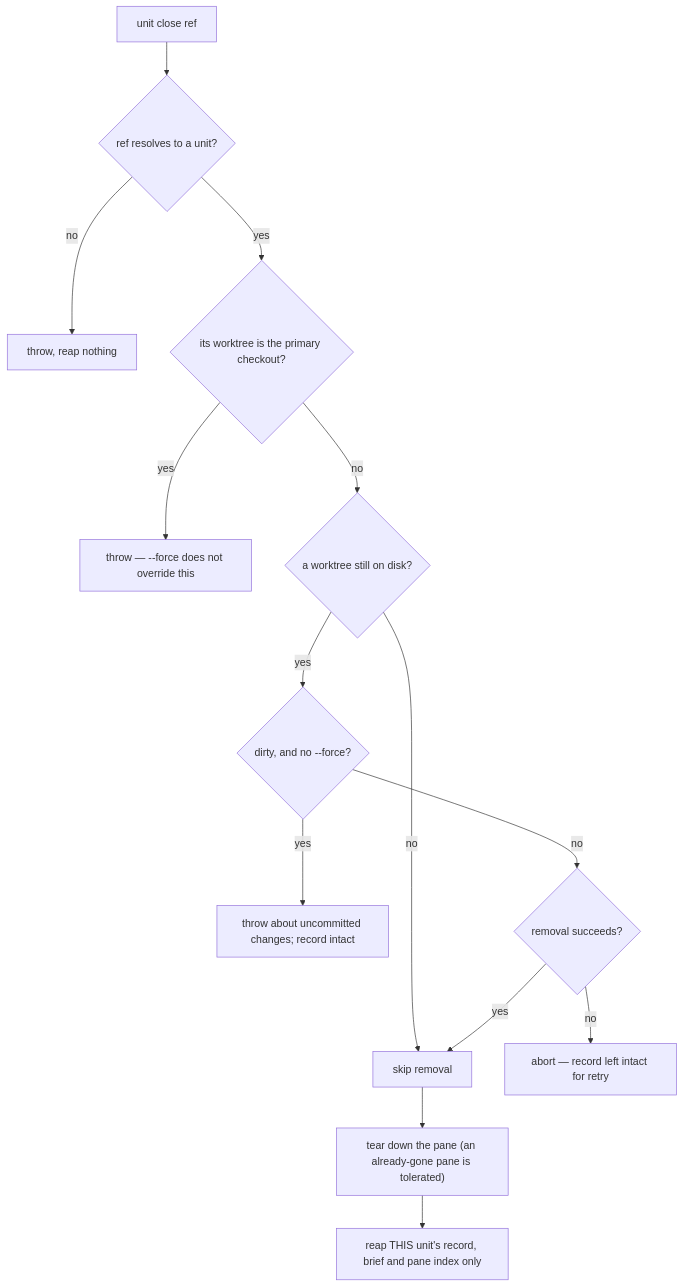
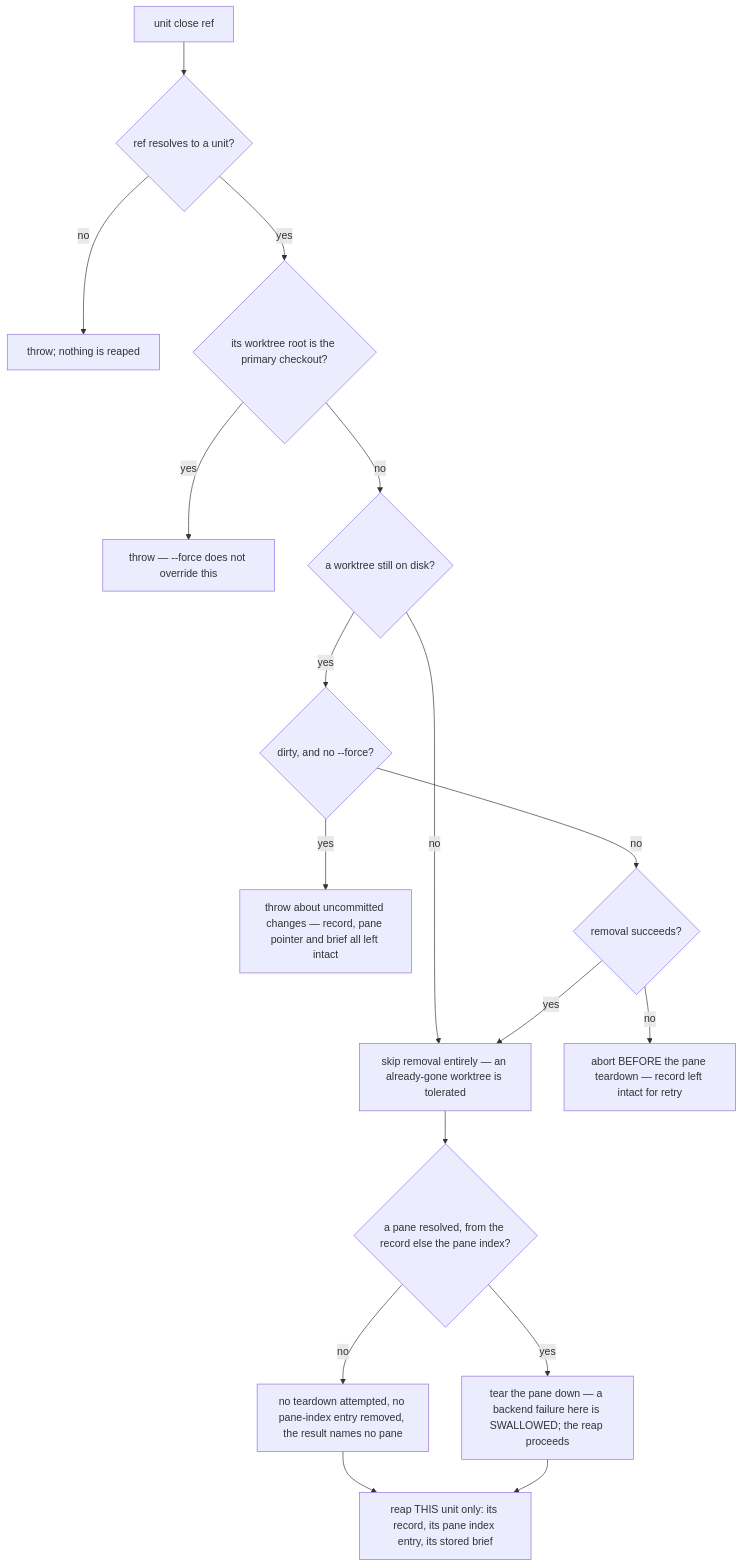
The fourth of 5 diagrams in packages/cyberlegion/.agents/spec/unit/lifecycle/README.md (cyberuni/cyberlegion), drawn with Mermaid before and after one commit. The commit also changed other lines of this file and 1 other file, not shown here.

````diff
--- a/packages/cyberlegion/.agents/spec/unit/lifecycle/README.md
+++ b/packages/cyberlegion/.agents/spec/unit/lifecycle/README.md
@@ -241,16 +377,19 @@
 ```mermaid
 graph TD
-  CA["unit close ref"] --> CB{"ref resolves to a unit?"}
-  CB -- no --> CB1["throw, reap nothing"]
-  CB -- yes --> CC{"its worktree is the primary checkout?"}
-  CC -- yes --> CC1["throw — --force does not override this"]
-  CC -- no --> CD{"a worktree still on disk?"}
-  CD -- no --> CF["skip removal"]
-  CD -- yes --> CE{"dirty, and no --force?"}
-  CE -- yes --> CE1["throw about uncommitted changes; record intact"]
-  CE -- no --> CG{"removal succeeds?"}
-  CG -- no --> CG1["abort — record left intact for retry"]
-  CG -- yes --> CF
-  CF --> CH["tear down the pane (an already-gone pane is tolerated)"]
-  CH --> CI["reap THIS unit's record, brief and pane index only"]
+  CL0["unit close ref"] --> CL1{"ref resolves to a unit?"}
+  CL1 -- no --> CL1X["throw; nothing is reaped"]
+  CL1 -- yes --> CL2{"its worktree root is the primary checkout?"}
+  CL2 -- yes --> CL2X["throw — --force does not override this"]
+  CL2 -- no --> CL3{"a worktree still on disk?"}
+  CL3 -- no --> CL6["skip removal entirely — an already-gone worktree is tolerated"]
+  CL3 -- yes --> CL4{"dirty, and no --force?"}
+  CL4 -- yes --> CL4X["throw about uncommitted changes — record, pane pointer and brief all left intact"]
+  CL4 -- no --> CL5{"removal succeeds?"}
+  CL5 -- no --> CL5X["abort BEFORE the pane teardown — record left intact for retry"]
+  CL5 -- yes --> CL6
+  CL6 --> CL7{"a pane resolved, from the record else the pane index?"}
+  CL7 -- no --> CL8["no teardown attempted, no pane-index entry removed, the result names no pane"]
+  CL7 -- yes --> CL9["tear the pane down — a backend failure here is SWALLOWED; the reap proceeds"]
+  CL8 --> CL10
+  CL9 --> CL10["reap THIS unit only: its record, its pane index entry, its stored brief"]
 ```
````
